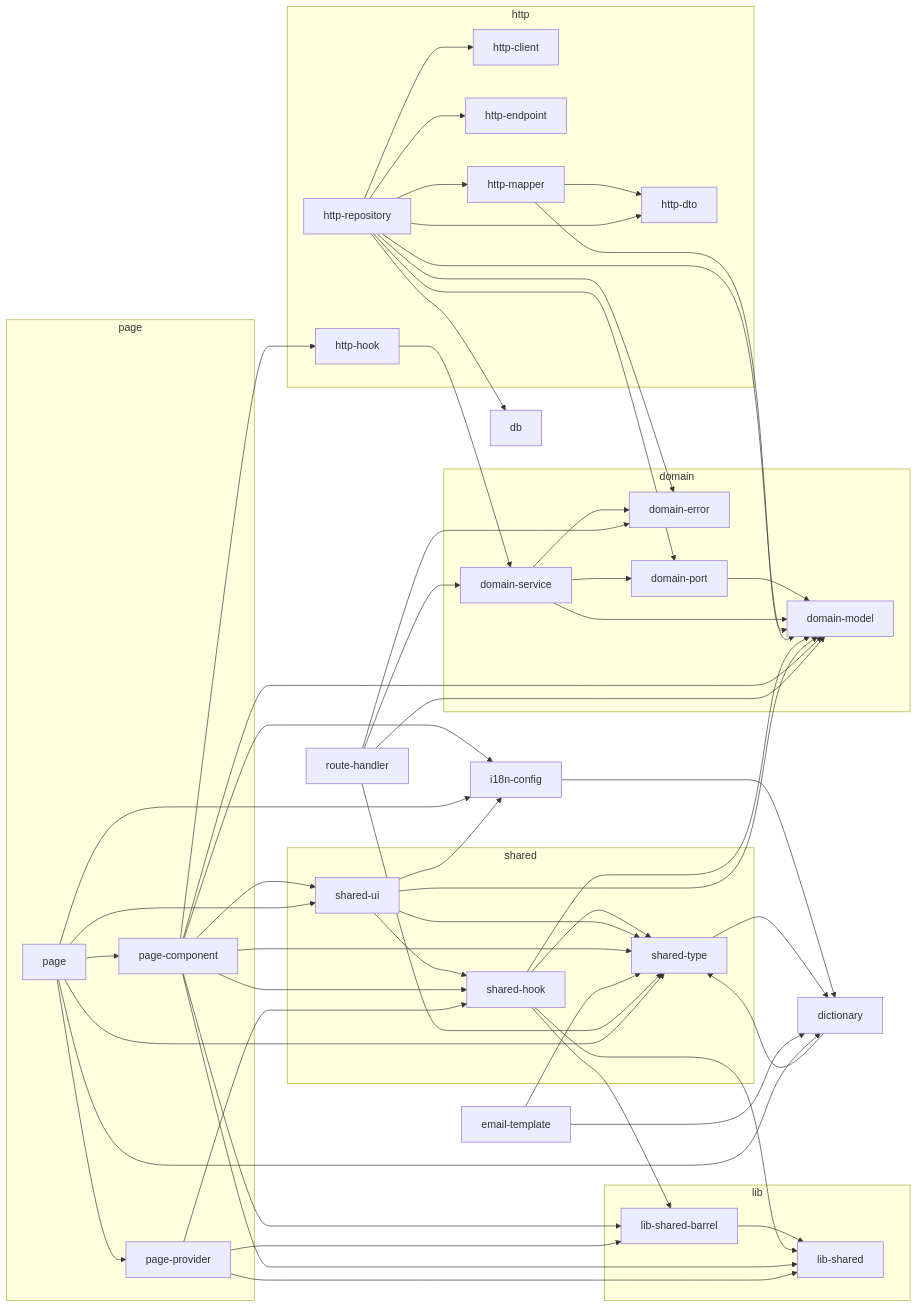
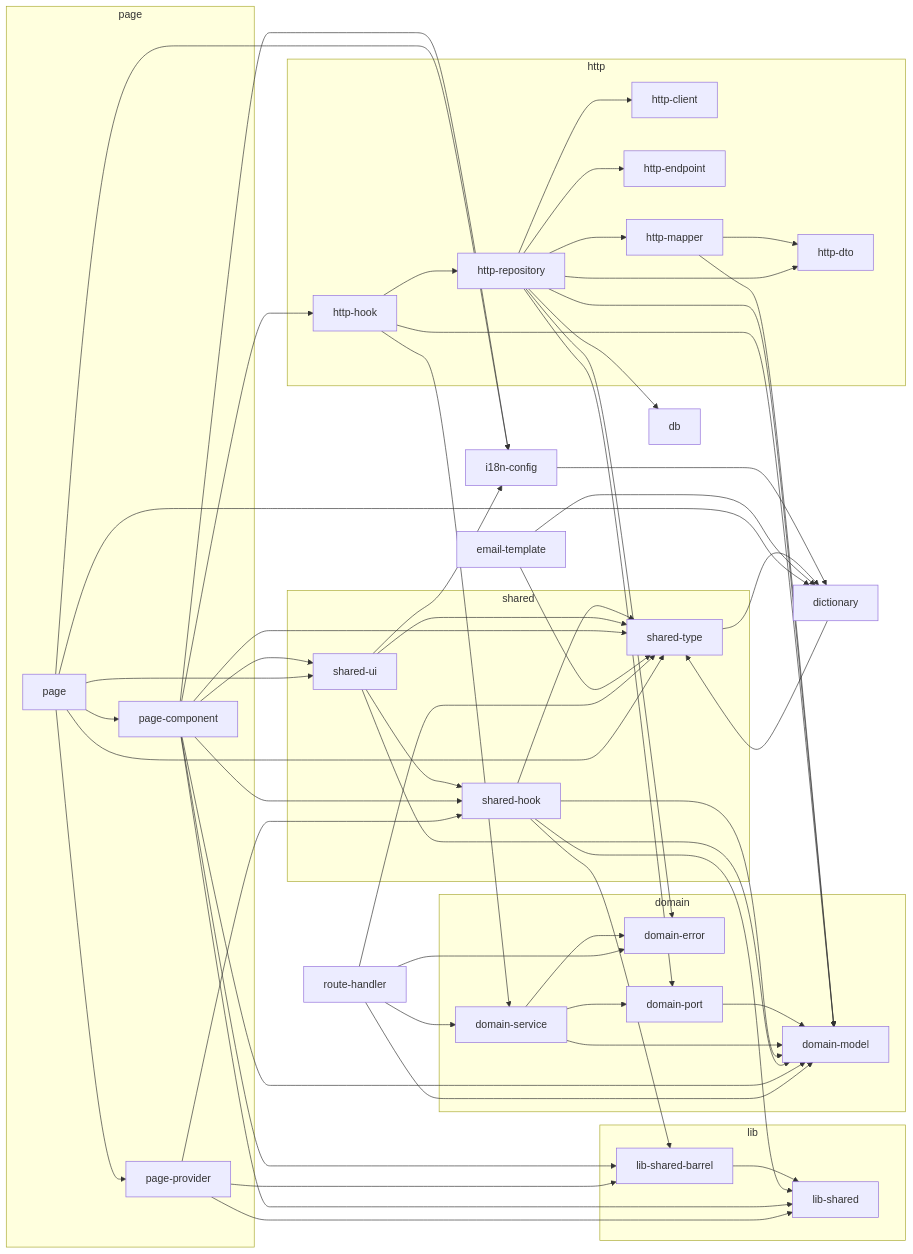
One commit to JosephNK/jkit-code-plugin changed the diagram in rules/nextjs/base/lint-rules-diagram.md. Above: the diagram before and after it, drawn with Mermaid. The commit also changed 3 other files, not shown here.

Commit message:
feat(nextjs): http-hook에서 Service 팩토리용 repository/model import 허용 - http-hook이 http-repository를 Port 구현체 주입 용도로 import 가능 (데이터 호출은 여전히 domain-service 경유) - domain-model을 useMutation/useQuery 타입 시그니처용으로 허용 - layer-semantics 및 생성 문서 동기화

```diff
--- a/rules/nextjs/base/lint-rules-diagram.md
+++ b/rules/nextjs/base/lint-rules-diagram.md
@@ -57,6 +57,8 @@
   http_repository --> domain_model
   http_repository --> db
   http_hook --> domain_service
+  http_hook --> http_repository
+  http_hook --> domain_model
   lib_shared_barrel --> lib_shared
   shared_hook --> lib_shared
   shared_hook --> lib_shared_barrel
```
